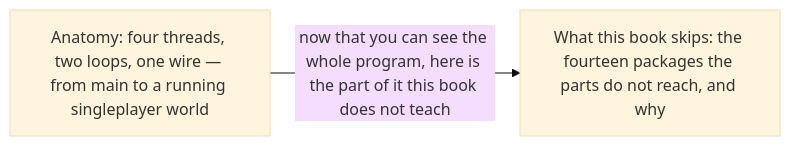
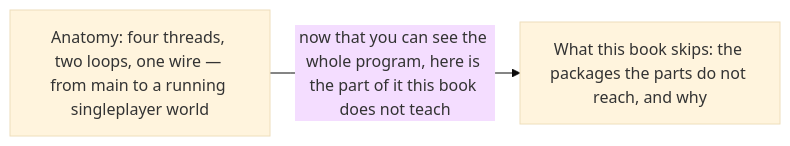
Before and after one commit to AlexanderjFraser/MinecraftDocs: the diagram in src/systems/anatomy/README.md, drawn with Mermaid (base theme). The commit also changed other lines of this file and 17 other files, not shown here.

````diff
--- a/src/systems/anatomy/README.md
+++ b/src/systems/anatomy/README.md
@@ -23,6 +26,6 @@
 ```mermaid
 flowchart LR
     A["Anatomy: four threads, two loops, one wire — from main to a running singleplayer world"]
-    B["What this book skips: the fourteen packages the parts do not reach, and why"]
+    B["What this book skips: the packages the parts do not reach, and why"]
     A -- "now that you can see the whole program, here is the part of it this book does not teach" --> B
 ```
````
